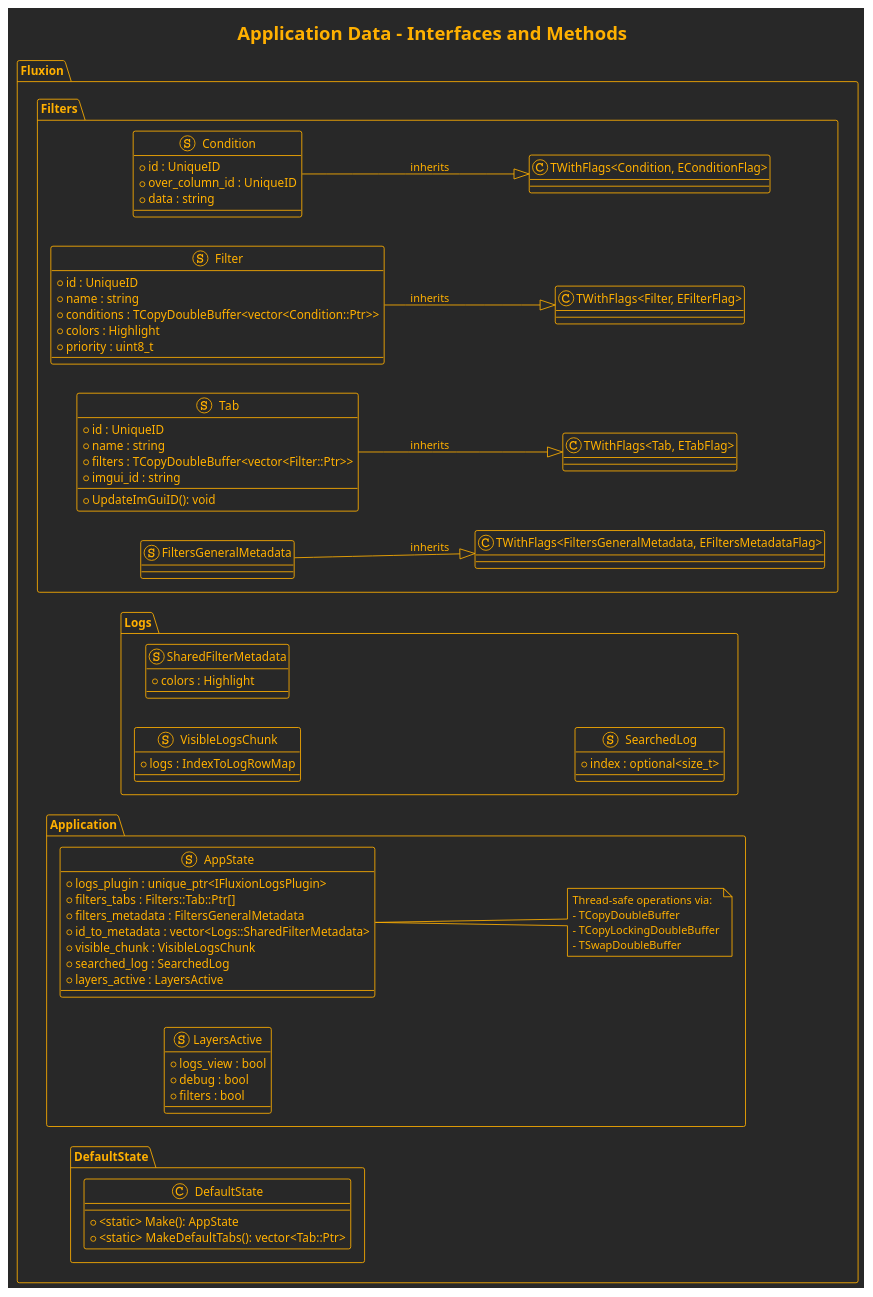
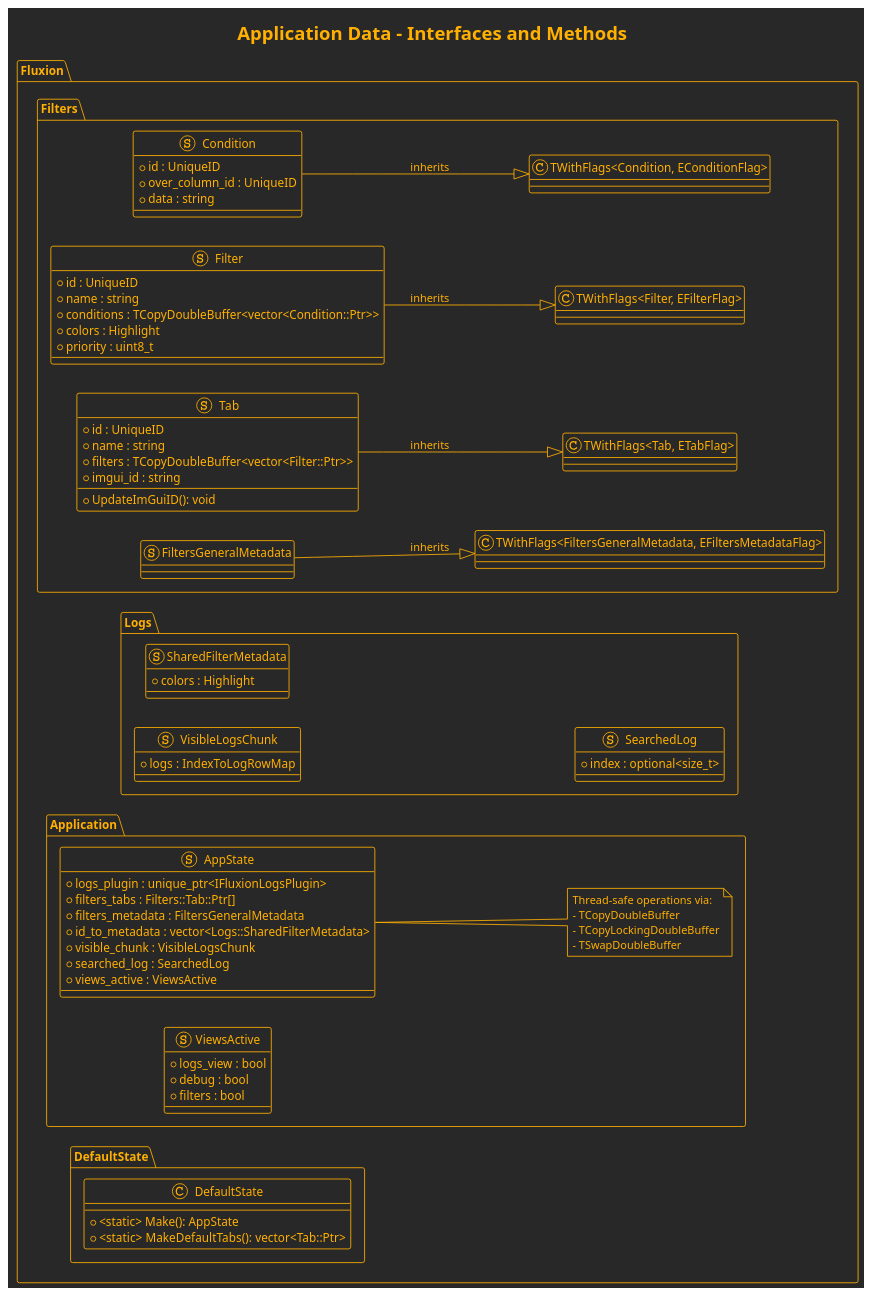
The diagram in src/Fluxion/Data/docs/interface.puml (TheAncientOwl/fluxion), drawn with PlantUML before and after one commit. The commit also changed 105 other files, not shown here.

```diff
--- a/src/Fluxion/Data/docs/interface.puml
+++ b/src/Fluxion/Data/docs/interface.puml
@@ -1,89 +1,89 @@
 @startuml Application Data Interface
 
 !theme crt-amber
 left to right direction
 
 title Application Data - Interfaces and Methods
 
 package "Fluxion" {
 
 package "Filters" {
     struct Condition {
         + id : UniqueID
         + over_column_id : UniqueID
         + data : string
     }
     Condition --|> "TWithFlags<Condition, EConditionFlag>" : inherits
     
     struct Filter {
         + id : UniqueID
         + name : string
         + conditions : TCopyDoubleBuffer<vector<Condition::Ptr>>
         + colors : Highlight
         + priority : uint8_t
     }
     Filter --|> "TWithFlags<Filter, EFilterFlag>" : inherits
     
     struct Tab {
         + id : UniqueID
         + name : string
         + filters : TCopyDoubleBuffer<vector<Filter::Ptr>>
         + imgui_id : string
         + UpdateImGuiID(): void
     }
     Tab --|> "TWithFlags<Tab, ETabFlag>" : inherits
     
     struct FiltersGeneralMetadata {
     }
     FiltersGeneralMetadata --|> "TWithFlags<FiltersGeneralMetadata, EFiltersMetadataFlag>" : inherits
 }
 
 package "Logs" {
     struct VisibleLogsChunk {
         + logs : IndexToLogRowMap
     }
     
     struct SharedFilterMetadata {
         + colors : Highlight
     }
     
     struct SearchedLog {
         + index : optional<size_t>
     }
 }
 
 package "Application" {
     struct AppState {
         + logs_plugin : unique_ptr<IFluxionLogsPlugin>
         + filters_tabs : Filters::Tab::Ptr[]
         + filters_metadata : FiltersGeneralMetadata
         + id_to_metadata : vector<Logs::SharedFilterMetadata>
         + visible_chunk : VisibleLogsChunk
         + searched_log : SearchedLog
-        + layers_active : LayersActive
+        + views_active : ViewsActive
     }
     
-    struct LayersActive {
+    struct ViewsActive {
         + logs_view : bool
         + debug : bool
         + filters : bool
     }
     
     note right of AppState
       Thread-safe operations via:
       - TCopyDoubleBuffer
       - TCopyLockingDoubleBuffer
       - TSwapDoubleBuffer
     end note
 }
 
 package "DefaultState" {
     class DefaultState {
         + <static> Make(): AppState
         + <static> MakeDefaultTabs(): vector<Tab::Ptr>
     }
 }
 
 }
 
 @enduml
```
